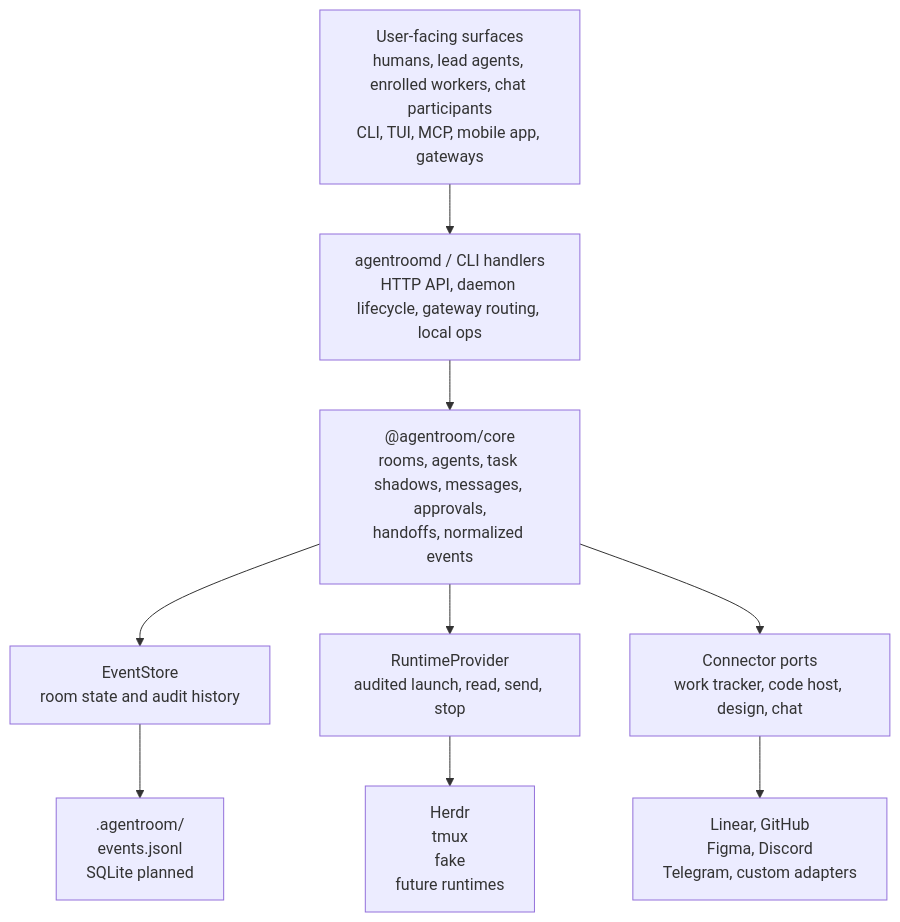
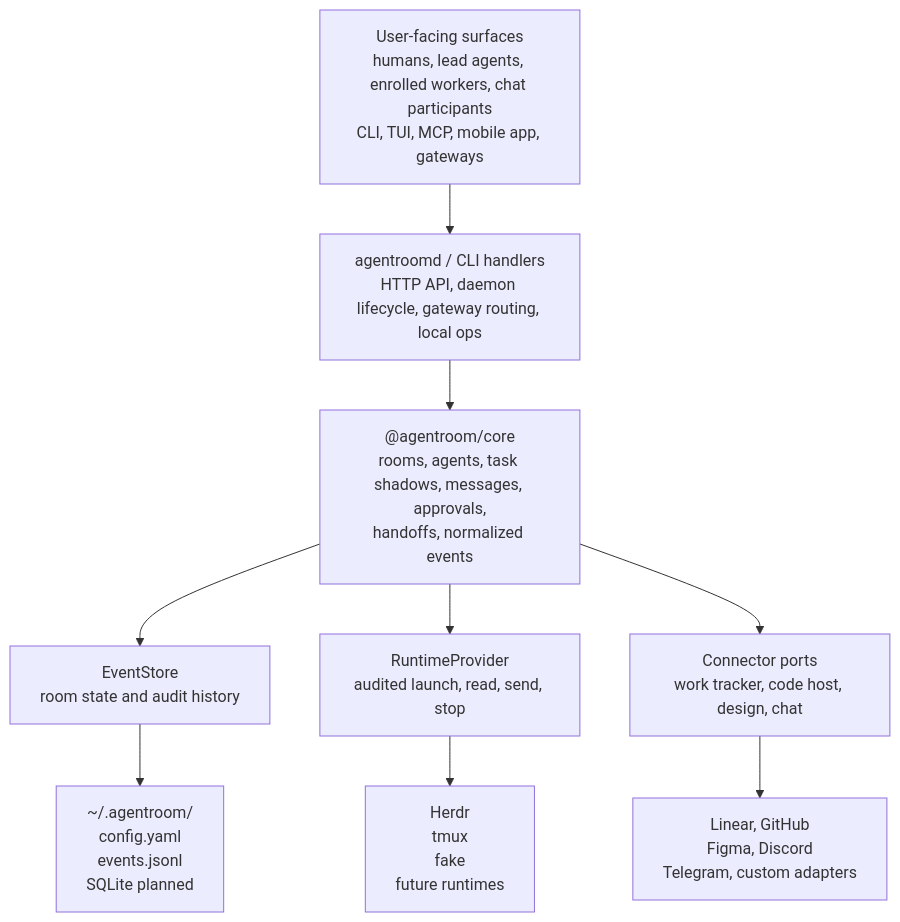
Before and after one commit to Volpestyle/agent-room: the third of 3 diagrams in docs/DIAGRAM.md, drawn with Mermaid. The commit also changed other lines of this file and 36 other files, not shown here.

````diff
--- a/docs/DIAGRAM.md
+++ b/docs/DIAGRAM.md
@@ -55,21 +55,21 @@
 ```mermaid
 flowchart TB
   surfaces["User-facing surfaces<br/>humans, lead agents, enrolled workers, chat participants<br/>CLI, TUI, MCP, mobile app, gateways"]
   daemon["agentroomd / CLI handlers<br/>HTTP API, daemon lifecycle, gateway routing, local ops"]
   core["@agentroom/core<br/>rooms, agents, task shadows, messages, approvals,<br/>handoffs, normalized events"]
   store["EventStore<br/>room state and audit history"]
   runtime["RuntimeProvider<br/>audited launch, read, send, stop"]
   connectors["Connector ports<br/>work tracker, code host, design, chat"]
-  local[".agentroom/<br/>events.jsonl<br/>SQLite planned"]
+  local["~/.agentroom/<br/>config.yaml<br/>events.jsonl<br/>SQLite planned"]
   runtimes["Herdr<br/>tmux<br/>fake<br/>future runtimes"]
   adapters["Linear, GitHub<br/>Figma, Discord<br/>Telegram, custom adapters"]
 
   surfaces --> daemon
   daemon --> core
   core --> store
   core --> runtime
   core --> connectors
   store --> local
   runtime --> runtimes
   connectors --> adapters
 ```
````
